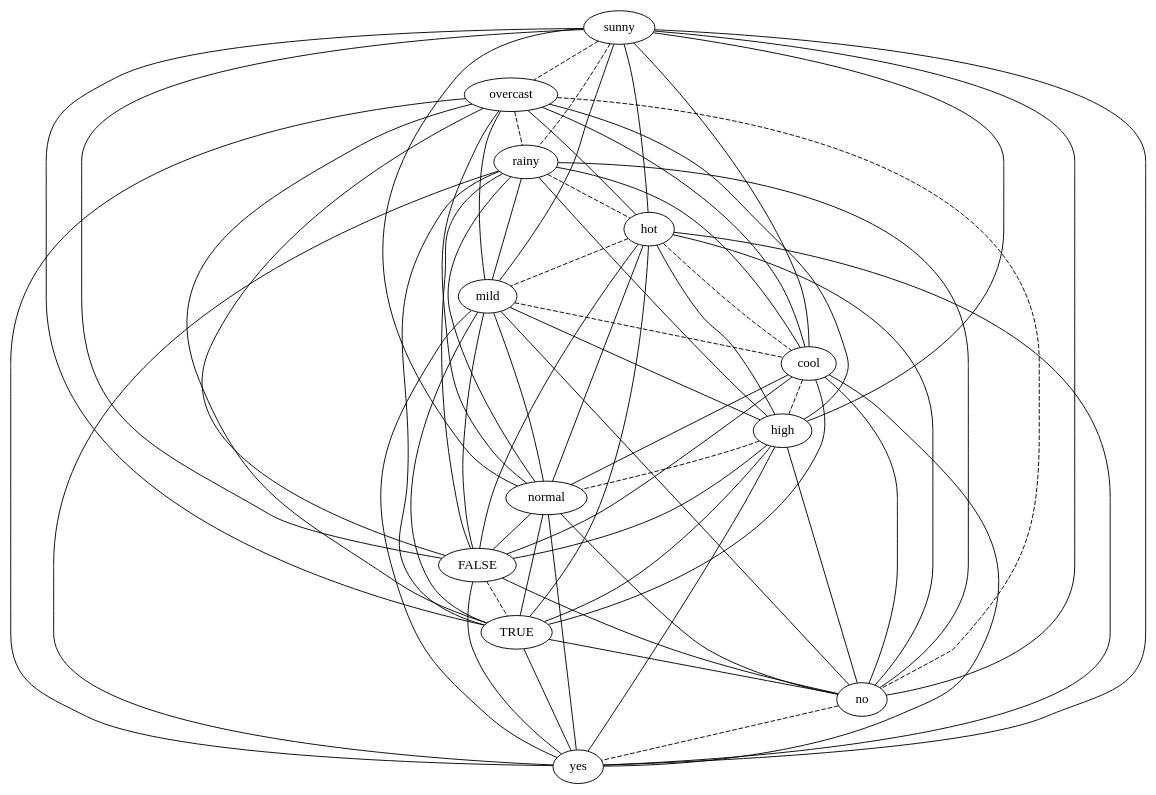
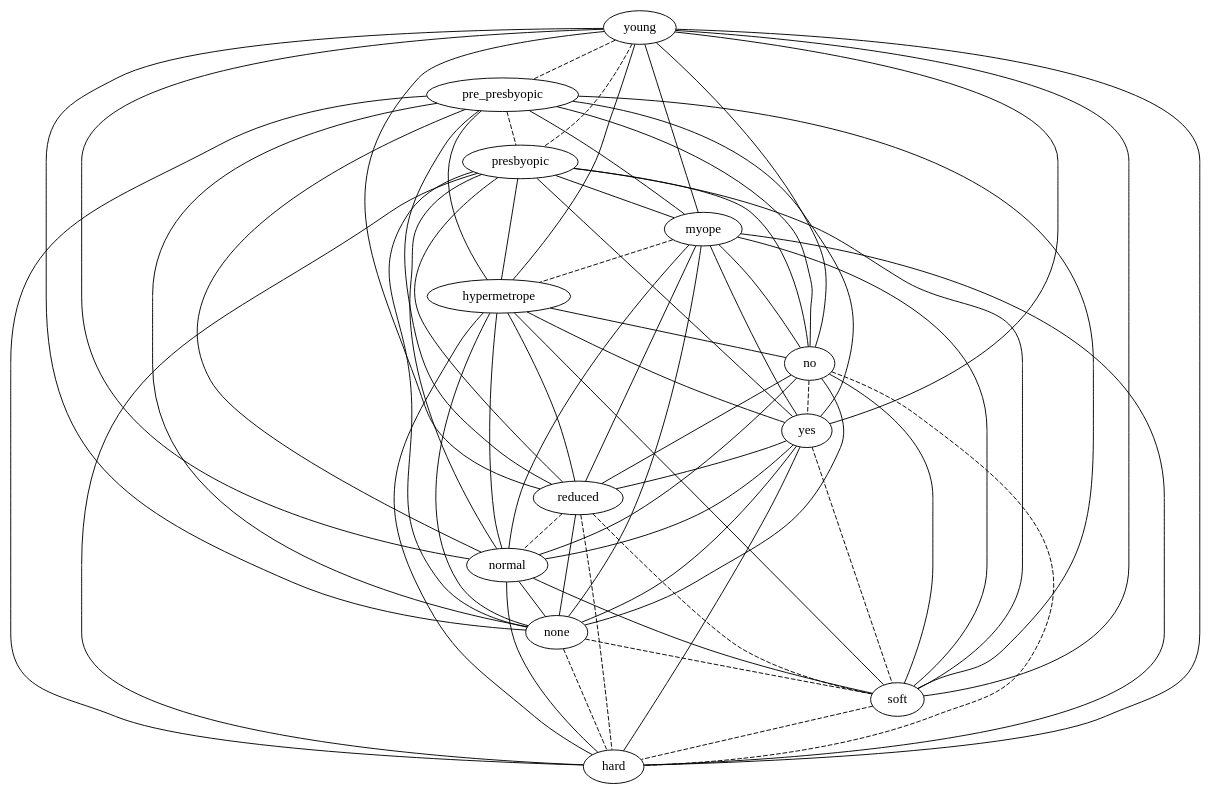
Before and after one commit to lrodrin/TFG: the diagram in src/final/plainGraph.dot, drawn with Graphviz. The commit also changed 1 other file, not shown here.

```diff
--- a/src/final/plainGraph.dot
+++ b/src/final/plainGraph.dot
@@ -1,80 +1,80 @@
 strict graph "" {
-sunny;
-overcast;
-rainy;
-hot;
-mild;
-cool;
-high;
-normal;
-FALSE;
-TRUE;
+young;
+pre_presbyopic;
+presbyopic;
+myope;
+hypermetrope;
 no;
 yes;
-sunny -- overcast  [color=black, style=dashed];
-sunny -- rainy  [color=black, style=dashed];
-sunny -- hot  [color=black, style=solid];
-sunny -- mild  [color=black, style=solid];
-sunny -- cool  [color=black, style=solid];
-sunny -- high  [color=black, style=solid];
-sunny -- normal  [color=black, style=solid];
-sunny -- FALSE  [color=black, style=solid];
-sunny -- TRUE  [color=black, style=solid];
-sunny -- no  [color=black, style=solid];
-sunny -- yes  [color=black, style=solid];
-overcast -- rainy  [color=black, style=dashed];
-overcast -- hot  [color=black, style=solid];
-overcast -- mild  [color=black, style=solid];
-overcast -- cool  [color=black, style=solid];
-overcast -- high  [color=black, style=solid];
-overcast -- normal  [color=black, style=solid];
-overcast -- FALSE  [color=black, style=solid];
-overcast -- TRUE  [color=black, style=solid];
-overcast -- no  [color=black, style=dashed];
-overcast -- yes  [color=black, style=solid];
-rainy -- hot  [color=black, style=dashed];
-rainy -- mild  [color=black, style=solid];
-rainy -- cool  [color=black, style=solid];
-rainy -- high  [color=black, style=solid];
-rainy -- normal  [color=black, style=solid];
-rainy -- FALSE  [color=black, style=solid];
-rainy -- TRUE  [color=black, style=solid];
-rainy -- no  [color=black, style=solid];
-rainy -- yes  [color=black, style=solid];
-hot -- mild  [color=black, style=dashed];
-hot -- cool  [color=black, style=dashed];
-hot -- high  [color=black, style=solid];
-hot -- normal  [color=black, style=solid];
-hot -- FALSE  [color=black, style=solid];
-hot -- TRUE  [color=black, style=solid];
-hot -- no  [color=black, style=solid];
-hot -- yes  [color=black, style=solid];
-mild -- cool  [color=black, style=dashed];
-mild -- high  [color=black, style=solid];
-mild -- normal  [color=black, style=solid];
-mild -- FALSE  [color=black, style=solid];
-mild -- TRUE  [color=black, style=solid];
-mild -- no  [color=black, style=solid];
-mild -- yes  [color=black, style=solid];
-cool -- high  [color=black, style=dashed];
-cool -- normal  [color=black, style=solid];
-cool -- FALSE  [color=black, style=solid];
-cool -- TRUE  [color=black, style=solid];
-cool -- no  [color=black, style=solid];
-cool -- yes  [color=black, style=solid];
-high -- normal  [color=black, style=dashed];
-high -- FALSE  [color=black, style=solid];
-high -- TRUE  [color=black, style=solid];
-high -- no  [color=black, style=solid];
-high -- yes  [color=black, style=solid];
-normal -- FALSE  [color=black, style=solid];
-normal -- TRUE  [color=black, style=solid];
-normal -- no  [color=black, style=solid];
-normal -- yes  [color=black, style=solid];
-FALSE -- TRUE  [color=black, style=dashed];
-FALSE -- no  [color=black, style=solid];
-FALSE -- yes  [color=black, style=solid];
-TRUE -- no  [color=black, style=solid];
-TRUE -- yes  [color=black, style=solid];
+reduced;
+normal;
+none;
+soft;
+hard;
+young -- pre_presbyopic  [color=black, style=dashed];
+young -- presbyopic  [color=black, style=dashed];
+young -- myope  [color=black, style=solid];
+young -- hypermetrope  [color=black, style=solid];
+young -- no  [color=black, style=solid];
+young -- yes  [color=black, style=solid];
+young -- reduced  [color=black, style=solid];
+young -- normal  [color=black, style=solid];
+young -- none  [color=black, style=solid];
+young -- soft  [color=black, style=solid];
+young -- hard  [color=black, style=solid];
+pre_presbyopic -- presbyopic  [color=black, style=dashed];
+pre_presbyopic -- myope  [color=black, style=solid];
+pre_presbyopic -- hypermetrope  [color=black, style=solid];
+pre_presbyopic -- no  [color=black, style=solid];
+pre_presbyopic -- yes  [color=black, style=solid];
+pre_presbyopic -- reduced  [color=black, style=solid];
+pre_presbyopic -- normal  [color=black, style=solid];
+pre_presbyopic -- none  [color=black, style=solid];
+pre_presbyopic -- soft  [color=black, style=solid];
+pre_presbyopic -- hard  [color=black, style=solid];
+presbyopic -- myope  [color=black, style=solid];
+presbyopic -- hypermetrope  [color=black, style=solid];
+presbyopic -- no  [color=black, style=solid];
+presbyopic -- yes  [color=black, style=solid];
+presbyopic -- reduced  [color=black, style=solid];
+presbyopic -- normal  [color=black, style=solid];
+presbyopic -- none  [color=black, style=solid];
+presbyopic -- soft  [color=black, style=solid];
+presbyopic -- hard  [color=black, style=solid];
+myope -- hypermetrope  [color=black, style=dashed];
+myope -- no  [color=black, style=solid];
+myope -- yes  [color=black, style=solid];
+myope -- reduced  [color=black, style=solid];
+myope -- normal  [color=black, style=solid];
+myope -- none  [color=black, style=solid];
+myope -- soft  [color=black, style=solid];
+myope -- hard  [color=black, style=solid];
+hypermetrope -- no  [color=black, style=solid];
+hypermetrope -- yes  [color=black, style=solid];
+hypermetrope -- reduced  [color=black, style=solid];
+hypermetrope -- normal  [color=black, style=solid];
+hypermetrope -- none  [color=black, style=solid];
+hypermetrope -- soft  [color=black, style=solid];
+hypermetrope -- hard  [color=black, style=solid];
 no -- yes  [color=black, style=dashed];
+no -- reduced  [color=black, style=solid];
+no -- normal  [color=black, style=solid];
+no -- none  [color=black, style=solid];
+no -- soft  [color=black, style=solid];
+no -- hard  [color=black, style=dashed];
+yes -- reduced  [color=black, style=solid];
+yes -- normal  [color=black, style=solid];
+yes -- none  [color=black, style=solid];
+yes -- soft  [color=black, style=dashed];
+yes -- hard  [color=black, style=solid];
+reduced -- normal  [color=black, style=dashed];
+reduced -- none  [color=black, style=solid];
+reduced -- soft  [color=black, style=dashed];
+reduced -- hard  [color=black, style=dashed];
+normal -- none  [color=black, style=solid];
+normal -- soft  [color=black, style=solid];
+normal -- hard  [color=black, style=solid];
+none -- soft  [color=black, style=dashed];
+none -- hard  [color=black, style=dashed];
+soft -- hard  [color=black, style=dashed];
 }
```
